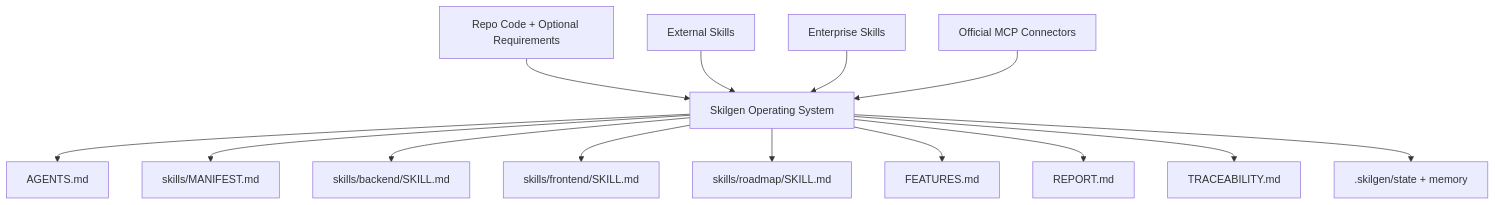
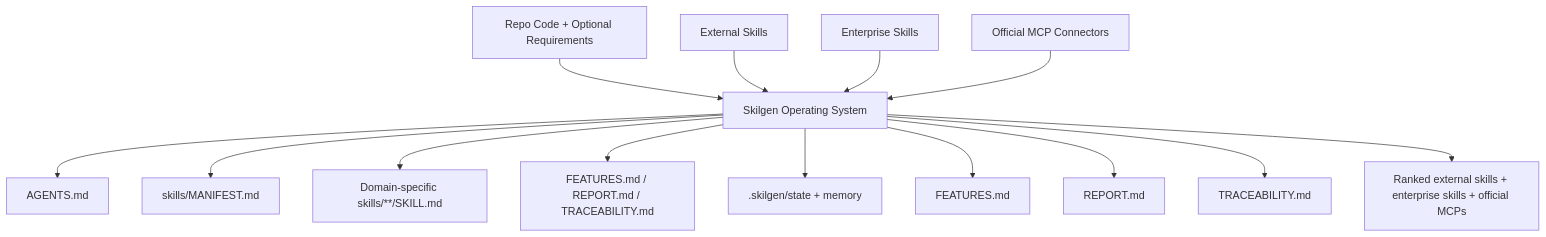
Before and after one commit to skilgen/skilgen: the second of 2 diagrams in README.md, drawn with Mermaid. The commit also changed other lines of this file, not shown here.

Commit message:
Clarify dynamic domain generation in README

````diff
--- a/README.md
+++ b/README.md
@@ -97,16 +97,16 @@
 ```mermaid
 flowchart TD
     A["Repo Code + Optional Requirements"] --> B["Skilgen Operating System"]
     B --> C["AGENTS.md"]
     B --> D["skills/MANIFEST.md"]
-    B --> E["skills/backend/SKILL.md"]
-    B --> F["skills/frontend/SKILL.md"]
-    B --> G["skills/roadmap/SKILL.md"]
+    B --> E["Domain-specific skills/**/SKILL.md"]
+    B --> F["FEATURES.md / REPORT.md / TRACEABILITY.md"]
+    B --> G[".skilgen/state + memory"]
     B --> H["FEATURES.md"]
     B --> I["REPORT.md"]
     B --> J["TRACEABILITY.md"]
-    B --> K[".skilgen/state + memory"]
+    B --> K["Ranked external skills + enterprise skills + official MCPs"]
     L["External Skills"] --> B
     M["Enterprise Skills"] --> B
     N["Official MCP Connectors"] --> B
 ```
````
